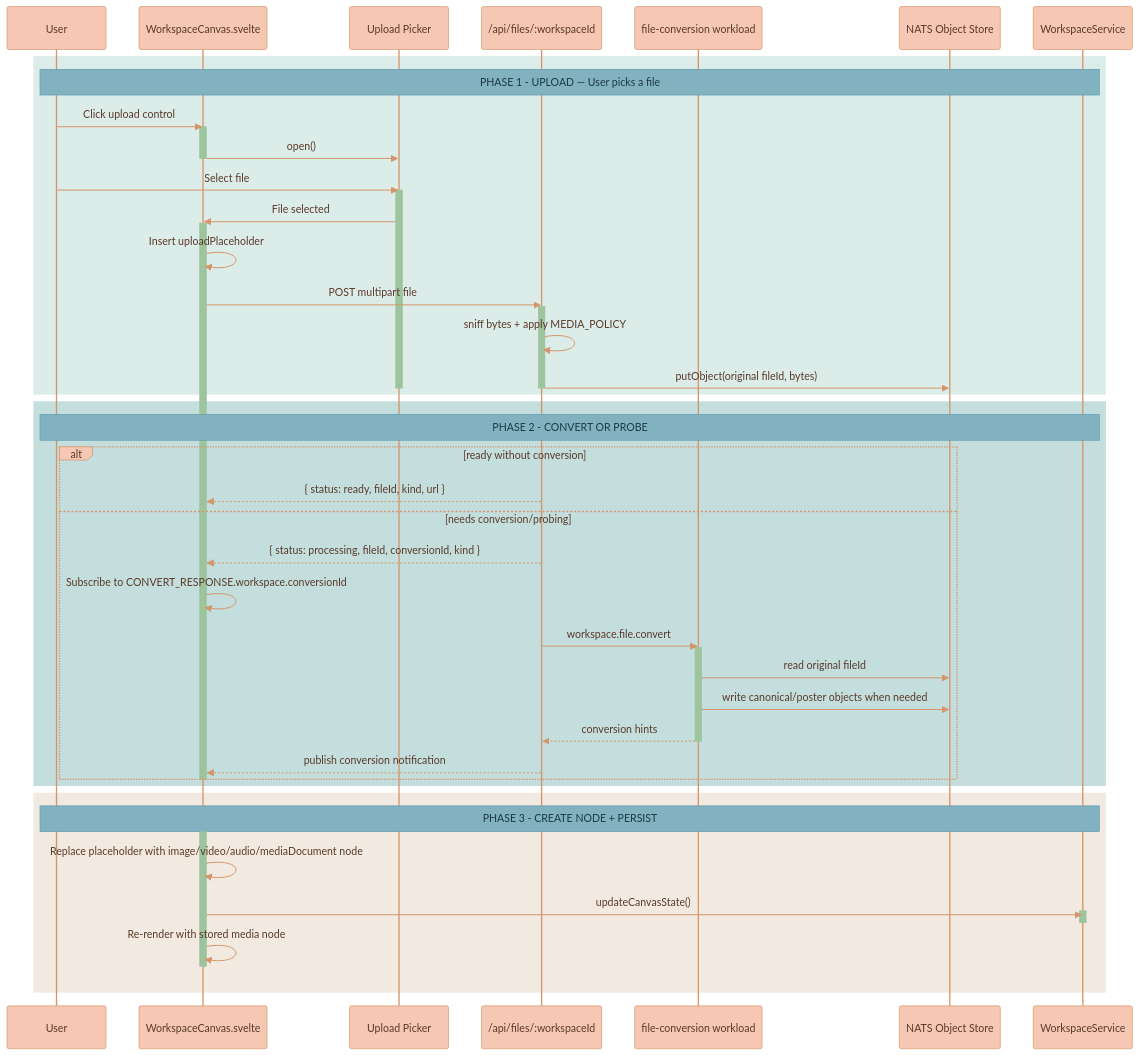
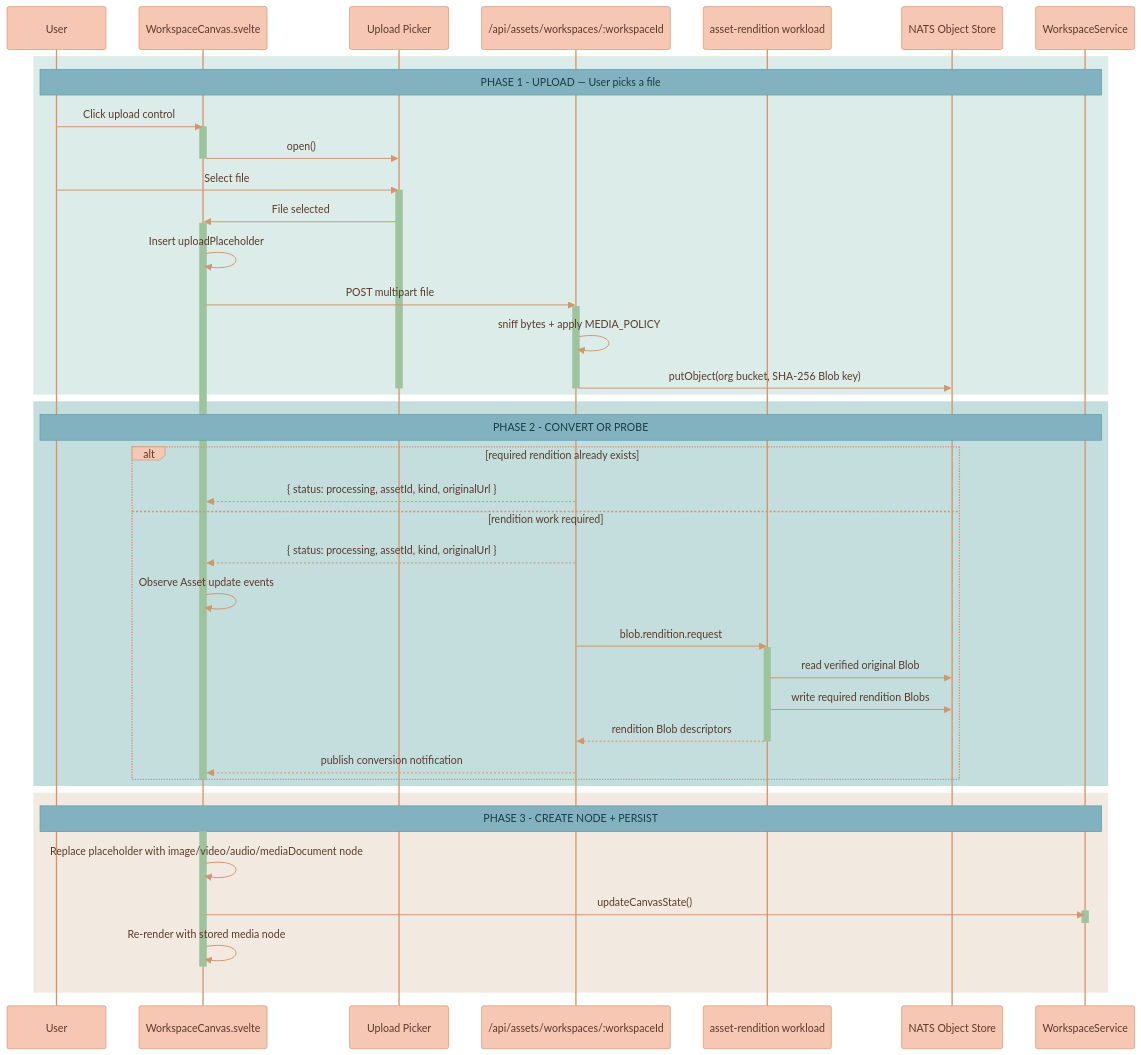
Before and after one commit to Lixpi/lixpi: the third of 6 diagrams in documentation/canvas/USER-FLOWS.md, drawn with Mermaid. The commit also changed other lines of this file and 225 other files, not shown here.

````diff
--- a/documentation/canvas/USER-FLOWS.md
+++ b/documentation/canvas/USER-FLOWS.md
@@ -117,67 +117,67 @@
 ```mermaid
 %%{init: {'theme': 'base', 'themeVariables': { 'noteBkgColor': '#82B2C0', 'noteTextColor': '#1a3a47', 'noteBorderColor': '#5a9aad', 'actorBkg': '#F6C7B3', 'actorBorder': '#d4956a', 'actorTextColor': '#5a3a2a', 'actorLineColor': '#d4956a', 'signalColor': '#d4956a', 'signalTextColor': '#5a3a2a', 'labelBoxBkgColor': '#F6C7B3', 'labelBoxBorderColor': '#d4956a', 'labelTextColor': '#5a3a2a', 'loopTextColor': '#5a3a2a', 'activationBorderColor': '#9DC49D', 'activationBkgColor': '#9DC49D', 'sequenceNumberColor': '#5a3a2a'}}}%%
 sequenceDiagram
     participant User
     participant Svelte as WorkspaceCanvas.svelte
     participant Picker as Upload Picker
-    participant API as /api/files/:workspaceId
-    participant NEX as file-conversion workload
+    participant API as /api/assets/workspaces/:workspaceId
+    participant NEX as asset-rendition workload
     participant ObjStore as NATS Object Store
     participant WSvc as WorkspaceService
     %% ═══════════════════════════════════════════════════════════════
     %% PHASE 1: UPLOAD
     %% ═══════════════════════════════════════════════════════════════
     rect rgb(220, 236, 233)
         Note over User, WSvc: PHASE 1 - UPLOAD — User picks a file
         User->>Svelte: Click upload control
         activate Svelte
         Svelte->>Picker: open()
         deactivate Svelte
         User->>Picker: Select file
         activate Picker
         Picker->>Svelte: File selected
         activate Svelte
         Svelte->>Svelte: Insert uploadPlaceholder
         Svelte->>API: POST multipart file
         activate API
         API->>API: sniff bytes + apply MEDIA_POLICY
-        API->>ObjStore: putObject(original fileId, bytes)
+        API->>ObjStore: putObject(org bucket, SHA-256 Blob key)
         deactivate API
         deactivate Picker
     end
 
     %% ═══════════════════════════════════════════════════════════════
     %% PHASE 2: CREATE NODE
     %% ═══════════════════════════════════════════════════════════════
     rect rgb(195, 222, 221)
         Note over User, WSvc: PHASE 2 - CONVERT OR PROBE
-        alt ready without conversion
-            API-->>Svelte: { status: ready, fileId, kind, url }
-        else needs conversion/probing
-            API-->>Svelte: { status: processing, fileId, conversionId, kind }
-            Svelte->>Svelte: Subscribe to CONVERT_RESPONSE.workspace.conversionId
-            API->>NEX: workspace.file.convert
+        alt required rendition already exists
+            API-->>Svelte: { status: processing, assetId, kind, originalUrl }
+        else rendition work required
+            API-->>Svelte: { status: processing, assetId, kind, originalUrl }
+            Svelte->>Svelte: Observe Asset update events
+            API->>NEX: blob.rendition.request
             activate NEX
-            NEX->>ObjStore: read original fileId
-            NEX->>ObjStore: write canonical/poster objects when needed
-            NEX-->>API: conversion hints
+            NEX->>ObjStore: read verified original Blob
+            NEX->>ObjStore: write required rendition Blobs
+            NEX-->>API: rendition Blob descriptors
             deactivate NEX
             API-->>Svelte: publish conversion notification
         end
         deactivate Svelte
     end
 
     %% ═══════════════════════════════════════════════════════════════
     %% PHASE 3: PERSIST
     %% ═══════════════════════════════════════════════════════════════
     rect rgb(242, 234, 224)
         Note over User, WSvc: PHASE 3 - CREATE NODE + PERSIST
         activate Svelte
         Svelte->>Svelte: Replace placeholder with image/video/audio/mediaDocument node
         Svelte->>WSvc: updateCanvasState()
         activate WSvc
         deactivate WSvc
         Svelte->>Svelte: Re-render with stored media node
         deactivate Svelte
     end
 ```
````
